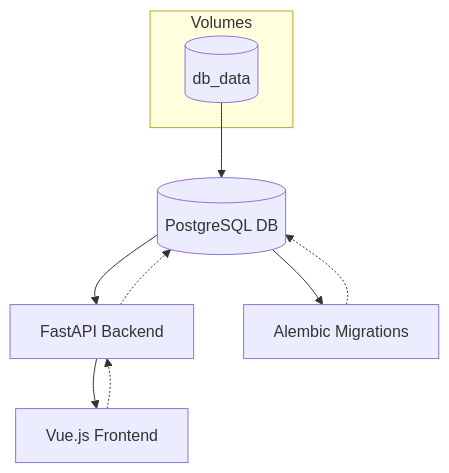
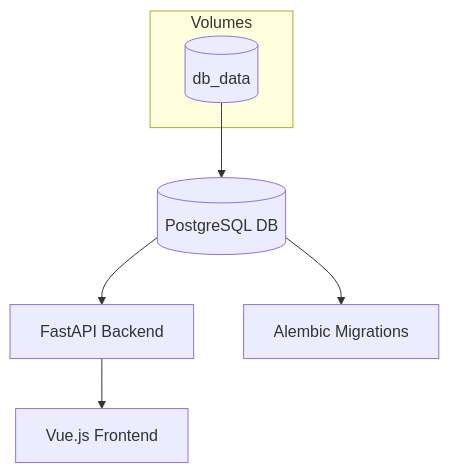
One commit to alobo01/task-scheduler-in-vue-tailwind-and-fastapi changed the diagram in README.md. Above: the diagram before and after it, drawn with Mermaid. The commit also changed other lines of this file and 3 other files, not shown here.

````diff
--- a/README.md
+++ b/README.md
@@ -117,20 +121,16 @@
 ```mermaid
 graph TD
     db[(PostgreSQL DB)]
     web[FastAPI Backend]
     alembic[Alembic Migrations]
     client[Vue.js Frontend]
 
     db --> web
     db --> alembic
     web --> client
 
-    alembic -.-> db
-    web -.-> db
-    client -.-> web
-
     subgraph Volumes
         db_data[(db_data)]
     end
     db_data --> db
 ```
````
